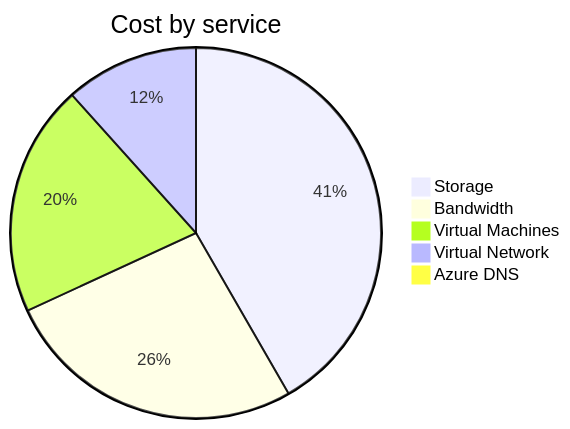
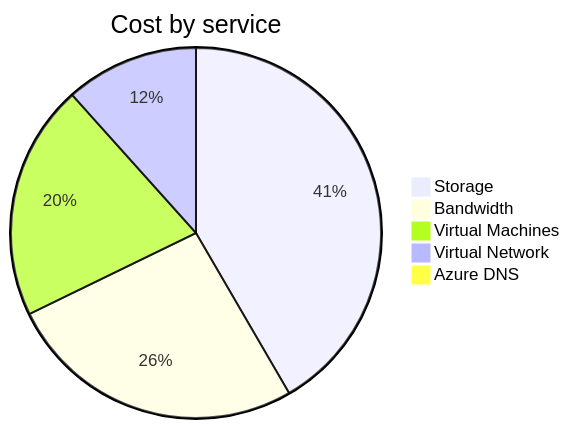
One commit to jpfulton/azure-personal-reports changed the second of 4 diagrams in cost-reports/personal-network/README.md. Above: the diagram before and after it, drawn with Mermaid. The commit also changed other lines of this file and 8 other files, not shown here.

````diff
--- a/cost-reports/personal-network/README.md
+++ b/cost-reports/personal-network/README.md
@@ -99,9 +99,9 @@
 ```mermaid
 pie
    title Cost by service
-   "Storage" : 24.87
-   "Bandwidth" : 15.78
-   "Virtual Machines" : 12.07
-   "Virtual Network" : 6.95
+   "Storage" : 25.21
+   "Bandwidth" : 15.86
+   "Virtual Machines" : 12.46
+   "Virtual Network" : 7.05
    "Azure DNS" : 0.47
 ```
````
